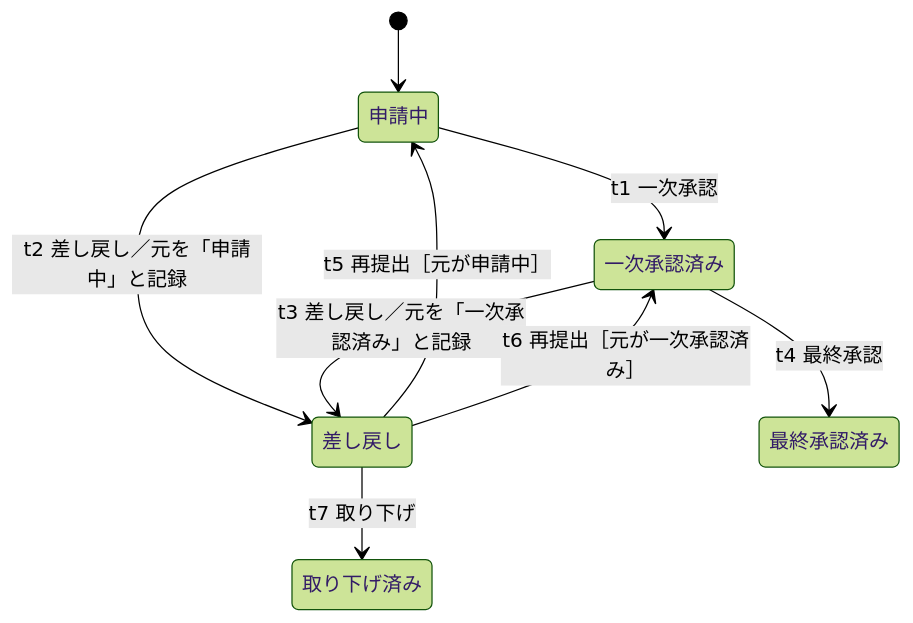
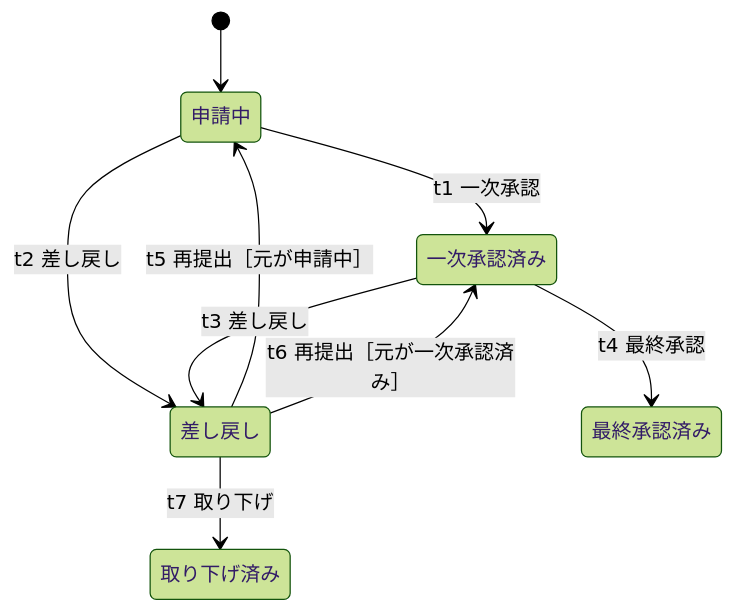
Before and after one commit to ozaki25/jstqb-foundation-training-ozaki25: the first of 2 diagrams in sites/al-ta/docs/lessons/lesson14/index.md, drawn with Mermaid (forest theme). The commit also changed other lines of this file and 1 other file, not shown here.

````diff
--- a/sites/al-ta/docs/lessons/lesson14/index.md
+++ b/sites/al-ta/docs/lessons/lesson14/index.md
@@ -81,16 +81,16 @@
 ```mermaid
 stateDiagram-v2
     state "申請中" as S
     state "一次承認済み" as F
     state "差し戻し" as R
     state "最終承認済み" as A
     state "取り下げ済み" as W
     [*] --> S
     S --> F : t1 一次承認
-    S --> R : t2 差し戻し／元を「申請中」と記録
-    F --> R : t3 差し戻し／元を「一次承認済み」と記録
+    S --> R : t2 差し戻し
+    F --> R : t3 差し戻し
     F --> A : t4 最終承認
     R --> S : t5 再提出［元が申請中］
     R --> F : t6 再提出［元が一次承認済み］
     R --> W : t7 取り下げ
 ```
````
